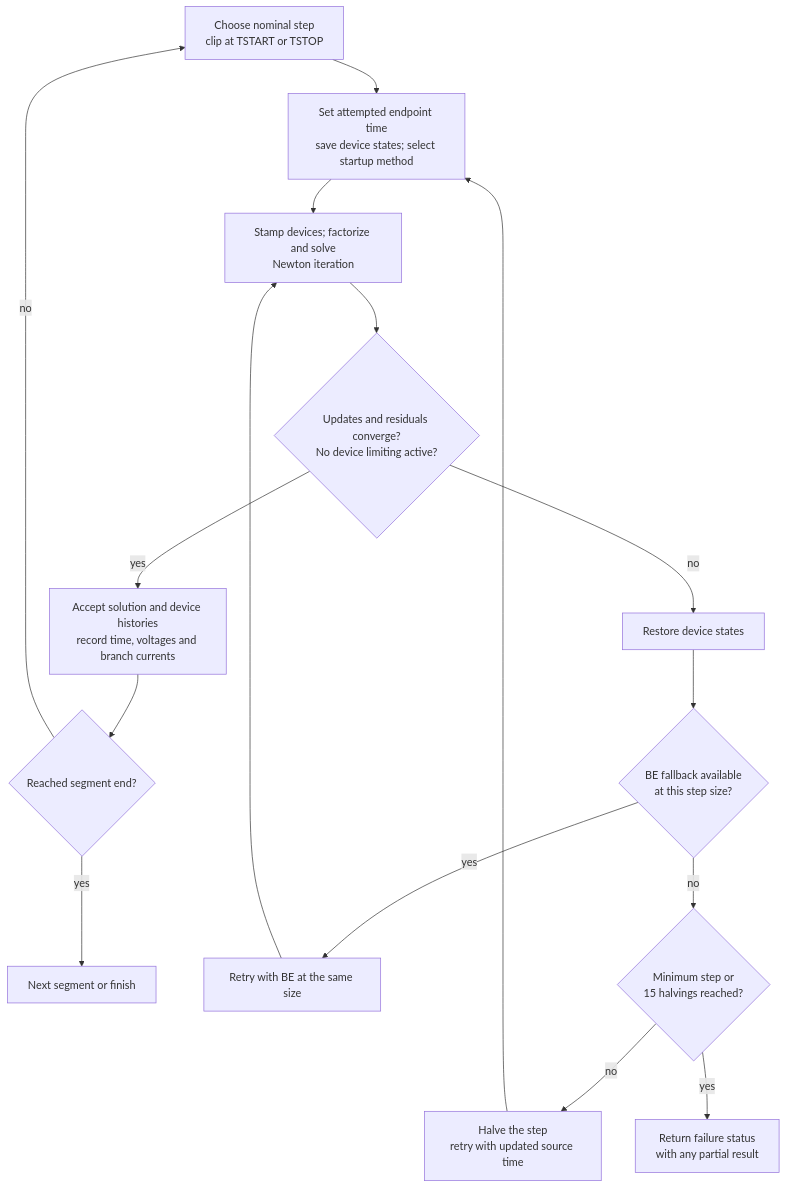
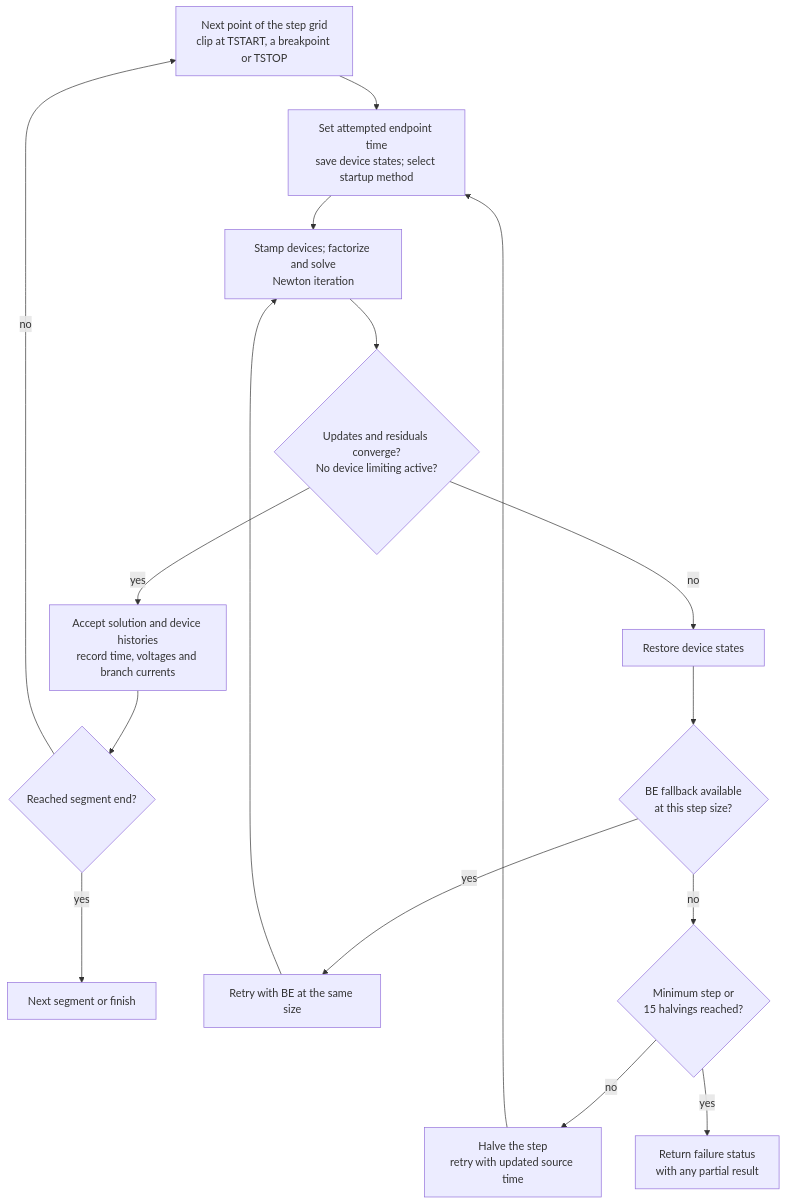
One commit to kurochan001/kirimaspice changed the second of 3 diagrams in docs/TRANSIENT_ANALYSIS.md. Above: the diagram before and after it, drawn with Mermaid. The commit also changed other lines of this file and 5 other files, not shown here.

````diff
--- a/docs/TRANSIENT_ANALYSIS.md
+++ b/docs/TRANSIENT_ANALYSIS.md
@@ -304,18 +309,18 @@
 ```mermaid
 flowchart TD
-    A["Choose nominal step<br/>clip at TSTART or TSTOP"] --> B["Set attempted endpoint time<br/>save device states; select startup method"]
+    A["Next point of the step grid<br/>clip at TSTART, a breakpoint or TSTOP"] --> B["Set attempted endpoint time<br/>save device states; select startup method"]
     B --> C["Stamp devices; factorize and solve<br/>Newton iteration"]
     C --> D{"Updates and residuals converge?<br/>No device limiting active?"}
     D -->|yes| E["Accept solution and device histories<br/>record time, voltages and branch currents"]
     E --> F{"Reached segment end?"}
     F -->|no| A
     F -->|yes| G["Next segment or finish"]
     D -->|no| H["Restore device states"]
     H --> I{"BE fallback available<br/>at this step size?"}
     I -->|yes| J["Retry with BE at the same size"]
     J --> C
     I -->|no| K{"Minimum step or<br/>15 halvings reached?"}
     K -->|no| L["Halve the step<br/>retry with updated source time"]
     L --> B
     K -->|yes| M["Return failure status<br/>with any partial result"]
 ```
````
